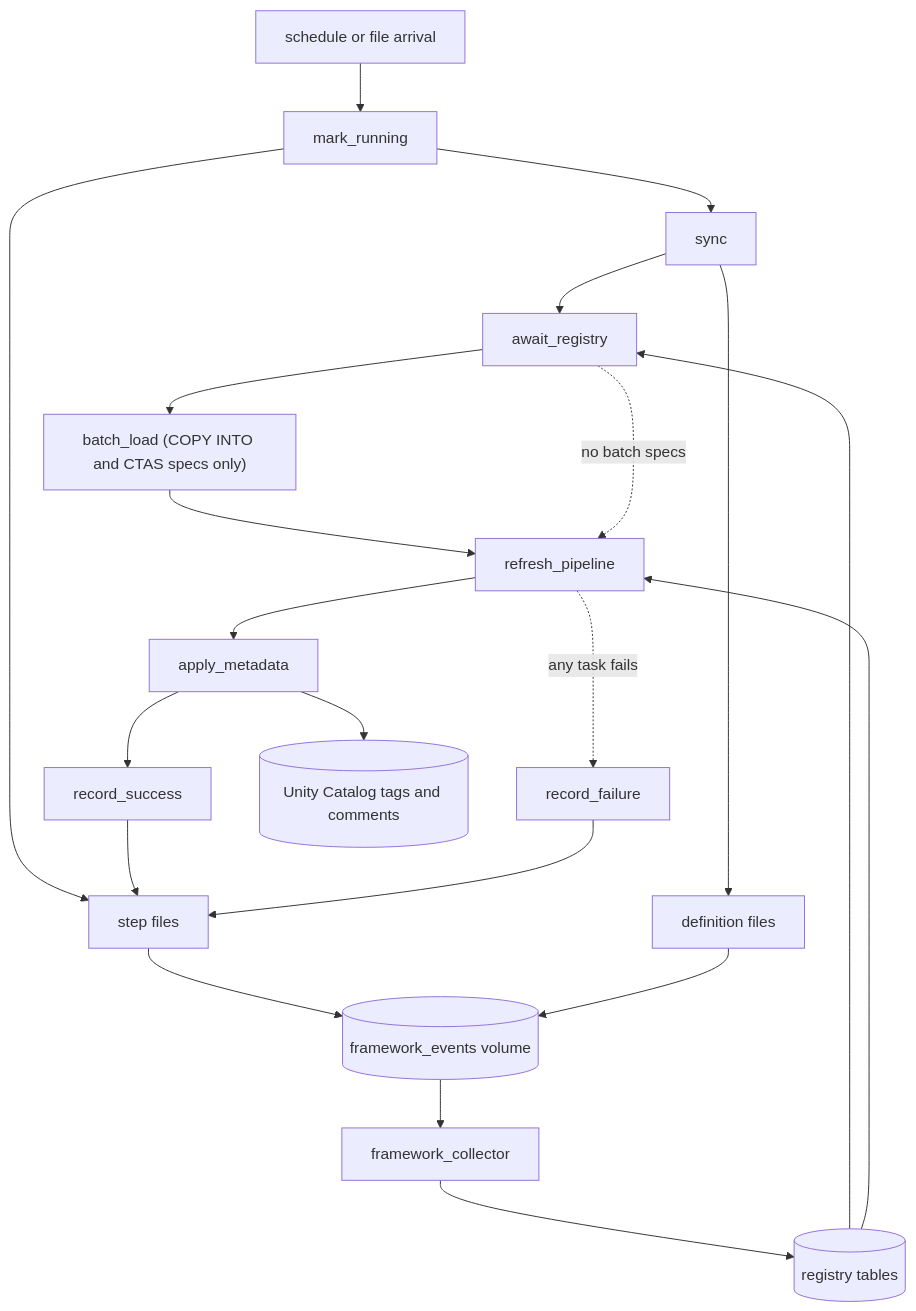
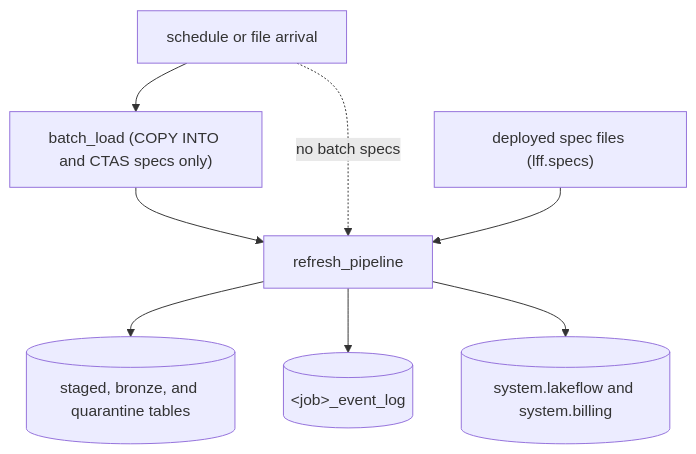
One commit to NitinKeshavB/framework changed the second of 8 diagrams in framework_docs/ARCHITECTURE.md. Above: the diagram before and after it, drawn with Mermaid. The commit also changed other lines of this file and 29 other files, not shown here.

First line of the commit message:
Lean run path: delivery jobs only refresh the pipeline

````diff
--- a/framework_docs/ARCHITECTURE.md
+++ b/framework_docs/ARCHITECTURE.md
@@ -59,23 +60,10 @@
 ```mermaid
 flowchart TD
-  trigger[schedule or file arrival] --> markRunning[mark_running]
-  markRunning --> sync[sync]
-  sync --> awaitRegistry[await_registry]
-  awaitRegistry --> batchLoad["batch_load (COPY INTO and CTAS specs only)"]
+  trigger[schedule or file arrival] --> batchLoad["batch_load (COPY INTO and CTAS specs only)"]
   batchLoad --> refresh[refresh_pipeline]
-  awaitRegistry -. no batch specs .-> refresh
-  refresh --> applyMetadata[apply_metadata]
-  applyMetadata --> recordSuccess[record_success]
-  refresh -. any task fails .-> recordFailure[record_failure]
-  markRunning --> stepFiles[step files]
-  sync --> definitionFiles[definition files]
-  recordSuccess --> stepFiles
-  recordFailure --> stepFiles
-  stepFiles --> volume[(framework_events volume)]
-  definitionFiles --> volume
-  volume --> collector[framework_collector]
-  collector --> registryTables[(registry tables)]
-  registryTables --> awaitRegistry
-  registryTables --> refresh
-  applyMetadata --> uc[(Unity Catalog tags and comments)]
+  trigger -. no batch specs .-> refresh
+  specs["deployed spec files (lff.specs)"] --> refresh
+  refresh --> tables[(staged, bronze, and quarantine tables)]
+  refresh --> eventLog[("&lt;job&gt;_event_log")]
+  refresh --> systemTables[(system.lakeflow and system.billing)]
 ```
````
